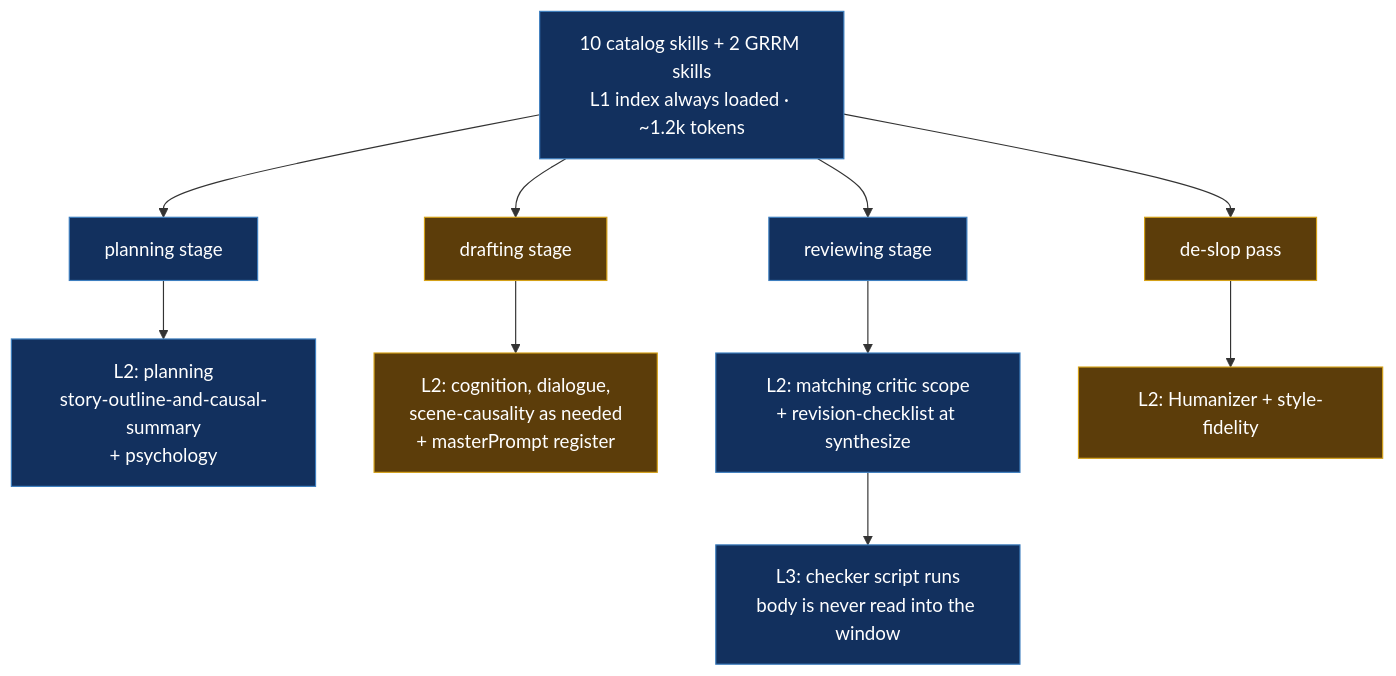
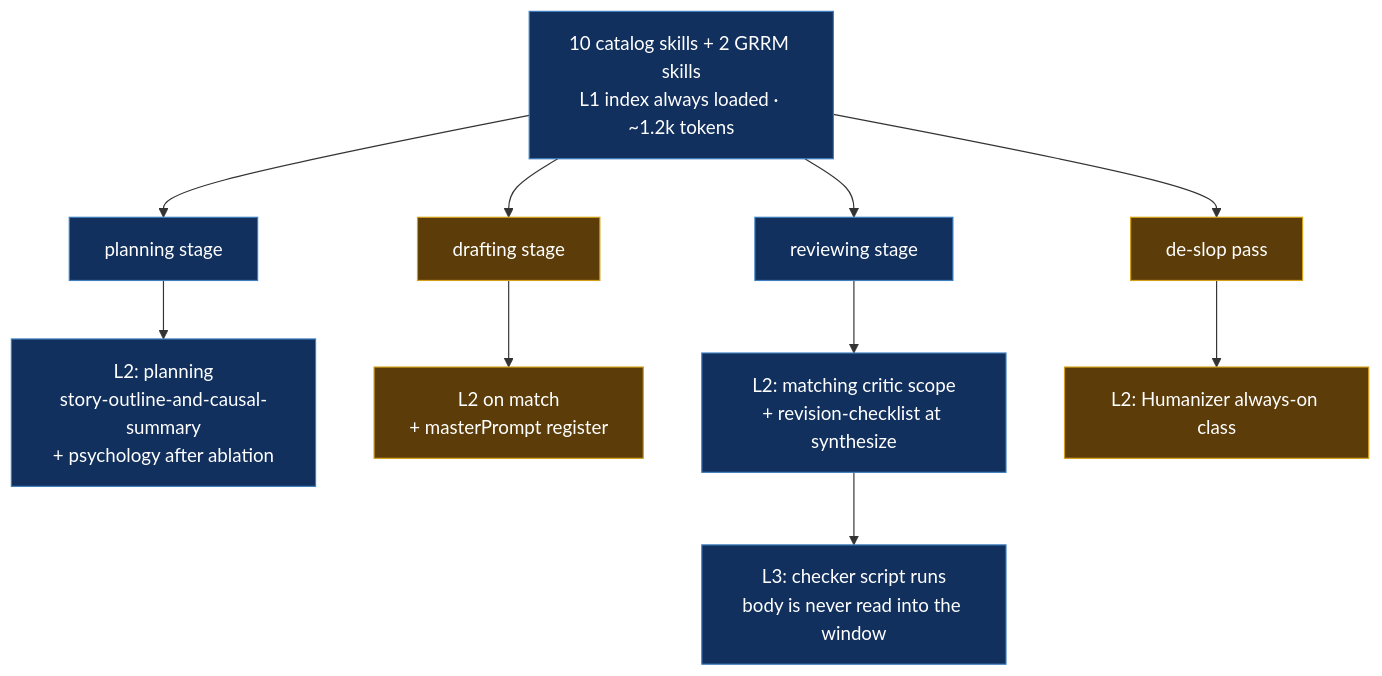
The seventh of 10 diagrams in .spec/opus/architecture-review/diagrams.md (jsroga/nomos), drawn with Mermaid before and after one commit. The commit also changed other lines of this file and 14 other files, not shown here.

Commit message:
doc(spec): architecture plan second opinion

````diff
--- a/.spec/opus/architecture-review/diagrams.md
+++ b/.spec/opus/architecture-review/diagrams.md
@@ -258,22 +257,22 @@
 ```mermaid
 flowchart TD
     CAT["10 catalog skills + 2 GRRM skills<br/>L1 index always loaded · ~1.2k tokens"]
 
     CAT --> P["planning stage"]
     CAT --> D["drafting stage"]
     CAT --> R["reviewing stage"]
     CAT --> G["de-slop pass"]
 
-    P --> P2["L2: planning<br/>story-outline-and-causal-summary<br/>+ psychology"]
-    D --> D2["L2: cognition, dialogue,<br/>scene-causality as needed<br/>+ masterPrompt register"]
+    P --> P2["L2: planning<br/>story-outline-and-causal-summary<br/>+ psychology after ablation"]
+    D --> D2["L2 on match<br/>+ masterPrompt register"]
     R --> R2["L2: matching critic scope<br/>+ revision-checklist at synthesize"]
-    G --> G2["L2: Humanizer + style-fidelity"]
+    G --> G2["L2: Humanizer always-on class"]
 
     L3["L3: checker script runs<br/>body is never read into the window"]
     R2 --> L3
 
     classDef host fill:#12305e,stroke:#3d7ebf,color:#fff
     classDef vibe fill:#5c3d0a,stroke:#d4a017,color:#fff
     class CAT,P,R,P2,R2,L3 host
     class D,D2,G,G2 vibe
 ```
````
